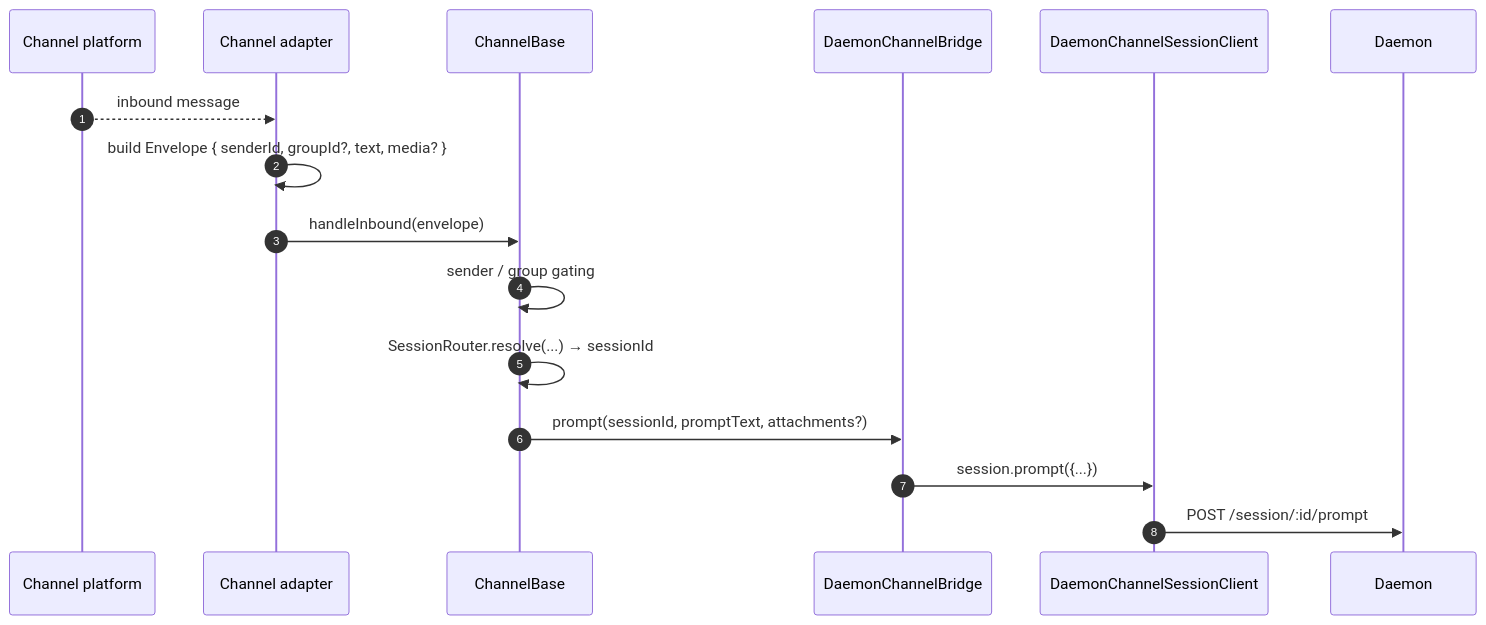
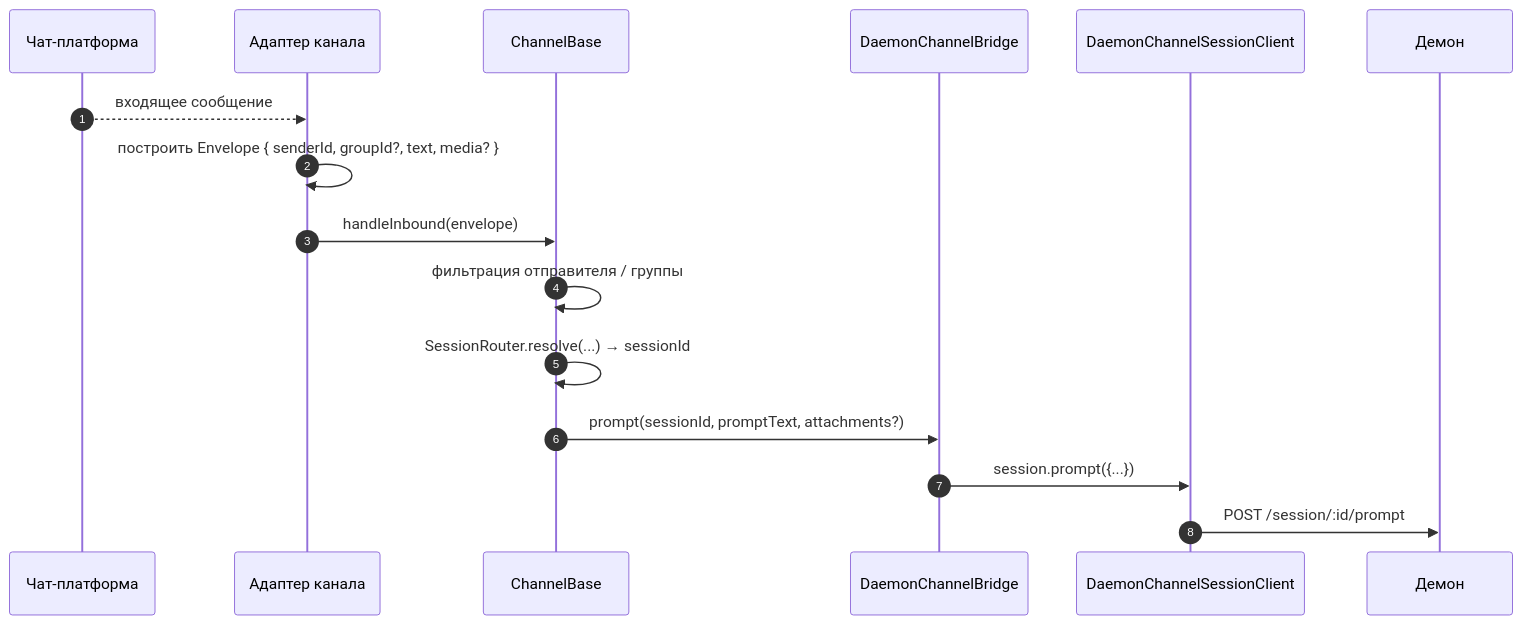
Before and after one commit to QwenLM/qwen-code-docs: the first of 3 diagrams in website/content/ru/developers/daemon/15-channel-adapters.md, drawn with Mermaid. The commit also changed other lines of this file and 1077 other files, not shown here.

````diff
--- a/website/content/ru/developers/daemon/15-channel-adapters.md
+++ b/website/content/ru/developers/daemon/15-channel-adapters.md
@@ -92,19 +93,19 @@
 ```mermaid
 sequenceDiagram
     autonumber
-    participant CH as Channel platform
-    participant AD as Channel adapter
+    participant CH as Чат-платформа
+    participant AD as Адаптер канала
     participant CB as ChannelBase
     participant BR as DaemonChannelBridge
     participant SC as DaemonChannelSessionClient
-    participant D as Daemon
+    participant D as Демон
 
-    CH-->>AD: inbound message
-    AD->>AD: build Envelope { senderId, groupId?, text, media? }
+    CH-->>AD: входящее сообщение
+    AD->>AD: построить Envelope { senderId, groupId?, text, media? }
     AD->>CB: handleInbound(envelope)
-    CB->>CB: sender / group gating
+    CB->>CB: фильтрация отправителя / группы
     CB->>CB: SessionRouter.resolve(...) → sessionId
     CB->>BR: prompt(sessionId, promptText, attachments?)
     BR->>SC: session.prompt({...})
     SC->>D: POST /session/:id/prompt
 ```
````
